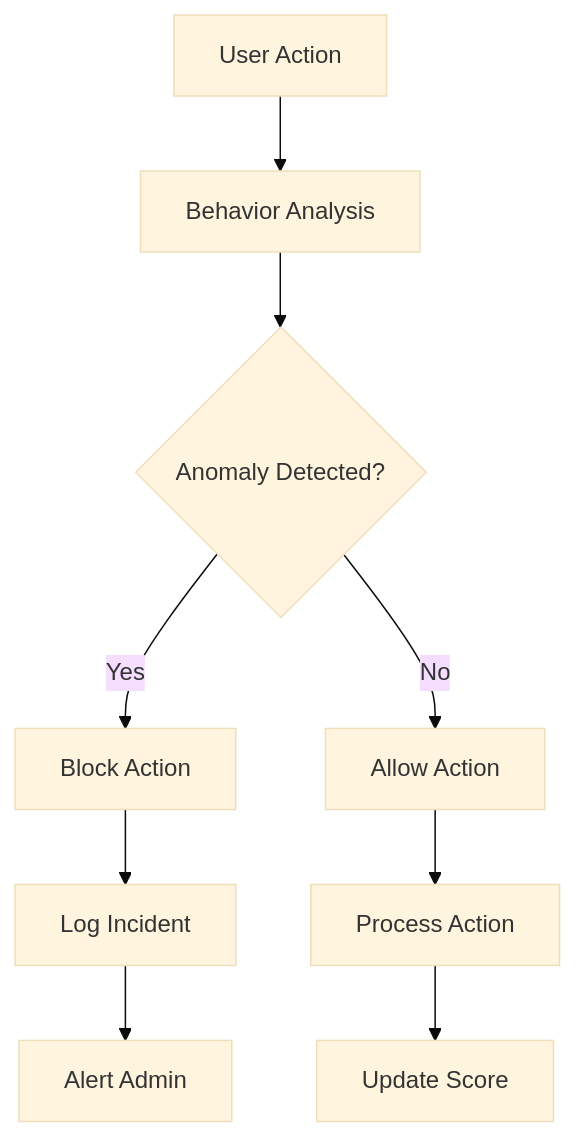
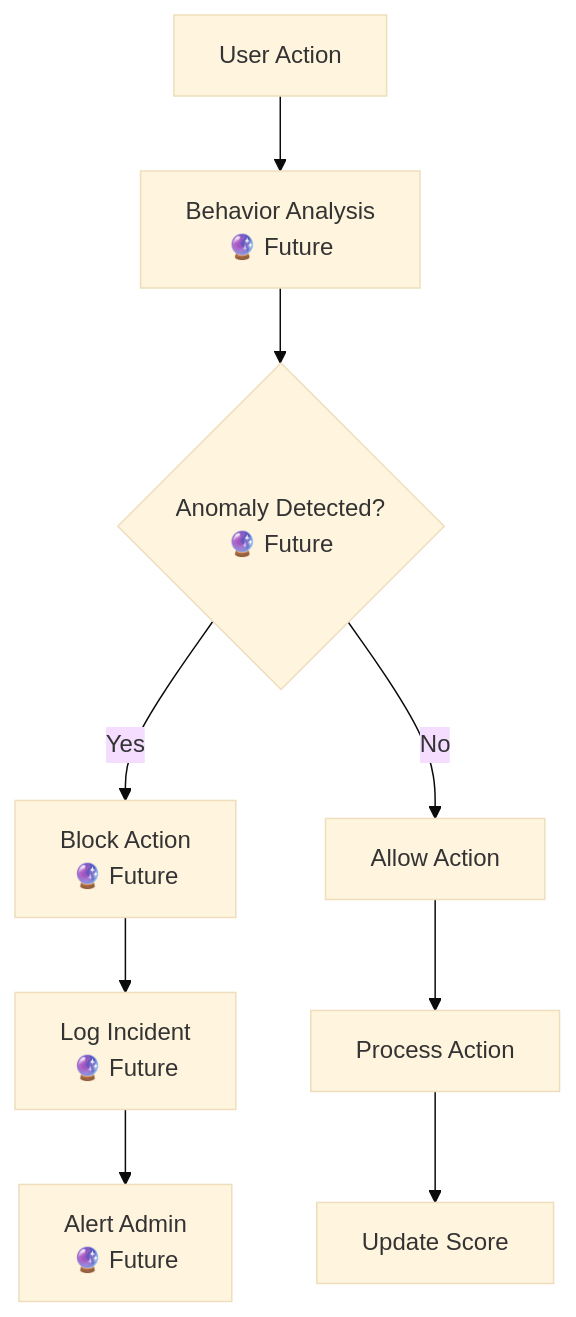
Diagram 13 of 22 in src/problem6/docs/FLOW_DIAGRAM.md (hashcott/code-challenge), drawn with Mermaid (base theme) before and after one commit. The commit also changed other lines of this file, not shown here.

Commit message:
docs: update flow

````diff
--- a/src/problem6/docs/FLOW_DIAGRAM.md
+++ b/src/problem6/docs/FLOW_DIAGRAM.md
@@ -290,11 +314,11 @@
 ```mermaid
 graph TB
-    A[User Action] --> B[Behavior Analysis]
-    B --> C{Anomaly Detected?}
-    C -->|Yes| D[Block Action]
+    A[User Action] --> B[Behavior Analysis<br/>🔮 Future]
+    B --> C{Anomaly Detected?<br/>🔮 Future}
+    C -->|Yes| D[Block Action<br/>🔮 Future]
     C -->|No| E[Allow Action]
-    D --> F[Log Incident]
+    D --> F[Log Incident<br/>🔮 Future]
     E --> G[Process Action]
-    F --> H[Alert Admin]
+    F --> H[Alert Admin<br/>🔮 Future]
     G --> I[Update Score]
 ```
````
